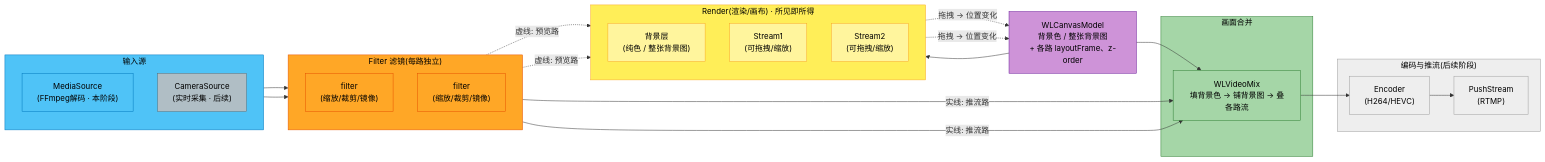
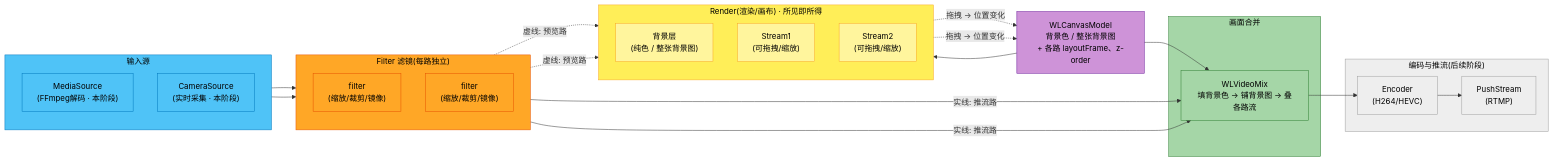
Before and after one commit to xiaerfei/WorkLabs: the diagram in Doc/NewPlan/TaskNewPlan.md, drawn with Mermaid. The commit also changed other lines of this file and 12 other files, not shown here.

````diff
--- a/Doc/NewPlan/TaskNewPlan.md
+++ b/Doc/NewPlan/TaskNewPlan.md
@@ -42,65 +42,65 @@
 ```mermaid
 flowchart LR
     subgraph Sources["输入源"]
         direction TB
         MediaSource["MediaSource<br/>(FFmpeg解码 · 本阶段)"]
-        CameraSource["CameraSource<br/>(实时采集 · 后续)"]
+        CameraSource["CameraSource<br/>(实时采集 · 本阶段)"]
     end
 
     subgraph Filters["Filter 滤镜(每路独立)"]
         direction TB
         Filter1["filter<br/>(缩放/裁剪/镜像)"]
         Filter2["filter<br/>(缩放/裁剪/镜像)"]
     end
 
     Canvas["WLCanvasModel<br/>背景色 / 整张背景图<br/>+ 各路 layoutFrame、z-order"]
 
     subgraph Render["Render(渲染/画布) · 所见即所得"]
         direction TB
         BG["背景层<br/>(纯色 / 整张背景图)"]
         Stream1["Stream1<br/>(可拖拽/缩放)"]
         Stream2["Stream2<br/>(可拖拽/缩放)"]
     end
 
     subgraph MixGroup["画面合并"]
         VideoMix["WLVideoMix<br/>填背景色 → 铺背景图 → 叠各路流"]
     end
 
     subgraph EncodePush["编码与推流(后续阶段)"]
         Encoder["Encoder<br/>(H264/HEVC)"]
         PushStream["PushStream<br/>(RTMP)"]
     end
 
     MediaSource --> Filter1
     CameraSource --> Filter2
 
     Filter1 -- "实线: 推流路" --> VideoMix
     Filter2 -- "实线: 推流路" --> VideoMix
     Filter1 -. "虚线: 预览路" .-> Stream1
     Filter2 -. "虚线: 预览路" .-> Stream2
 
     Canvas --> BG
     Canvas --> VideoMix
     Stream1 -. "拖拽 → 位置变化" .-> Canvas
     Stream2 -. "拖拽 → 位置变化" .-> Canvas
 
     VideoMix --> Encoder
     Encoder --> PushStream
 
     style Sources fill:#4fc3f7,stroke:#0277bd,color:#000
     style MediaSource fill:#4fc3f7,stroke:#0277bd,color:#000
-    style CameraSource fill:#b0bec5,stroke:#546e7a,color:#000
+    style CameraSource fill:#4fc3f7,stroke:#0277bd,color:#000
     style Filters fill:#ffa726,stroke:#e65100,color:#000
     style Filter1 fill:#ffa726,stroke:#e65100,color:#000
     style Filter2 fill:#ffa726,stroke:#e65100,color:#000
     style Canvas fill:#ce93d8,stroke:#6a1b9a,color:#000
     style Render fill:#ffee58,stroke:#f9a825,color:#000
     style BG fill:#fff59d,stroke:#f9a825,color:#000
     style Stream1 fill:#fff59d,stroke:#f9a825,color:#000
     style Stream2 fill:#fff59d,stroke:#f9a825,color:#000
     style MixGroup fill:#a5d6a7,stroke:#2e7d32,color:#000
     style VideoMix fill:#a5d6a7,stroke:#2e7d32,color:#000
     style EncodePush fill:#eeeeee,stroke:#9e9e9e,color:#000
     style Encoder fill:#eeeeee,stroke:#9e9e9e,color:#000
     style PushStream fill:#eeeeee,stroke:#9e9e9e,color:#000
 ```
````
